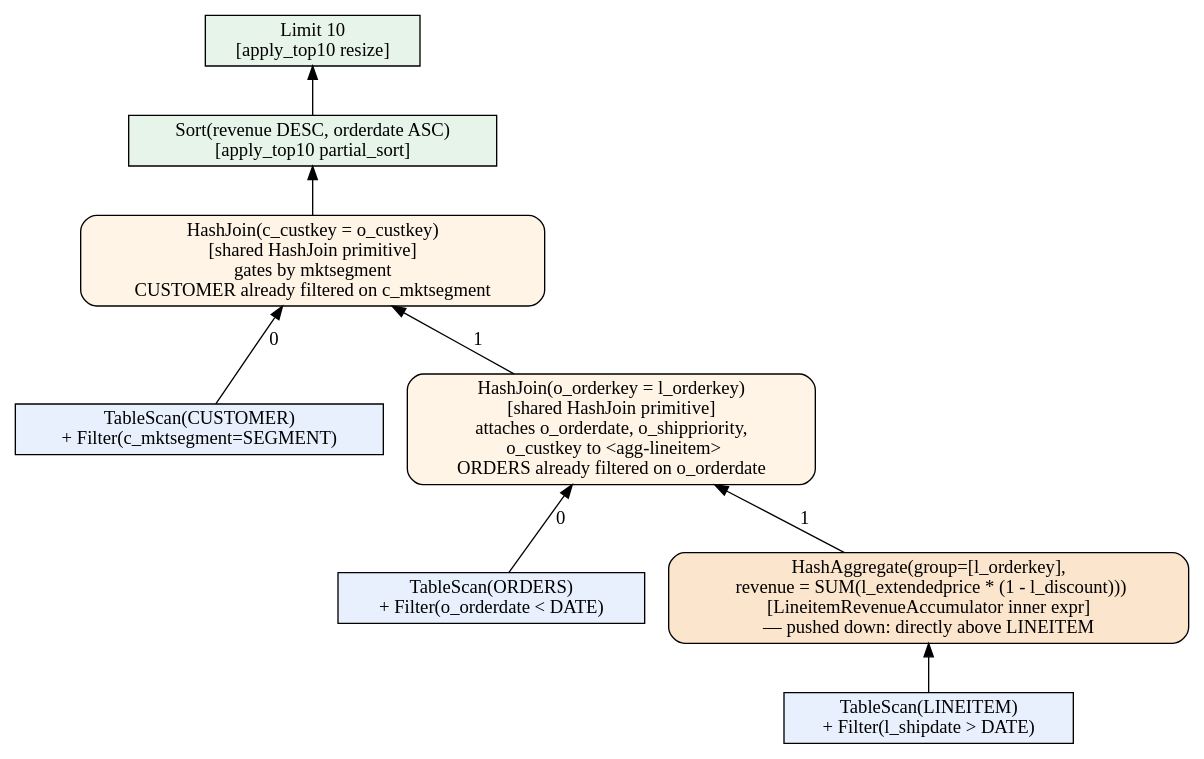
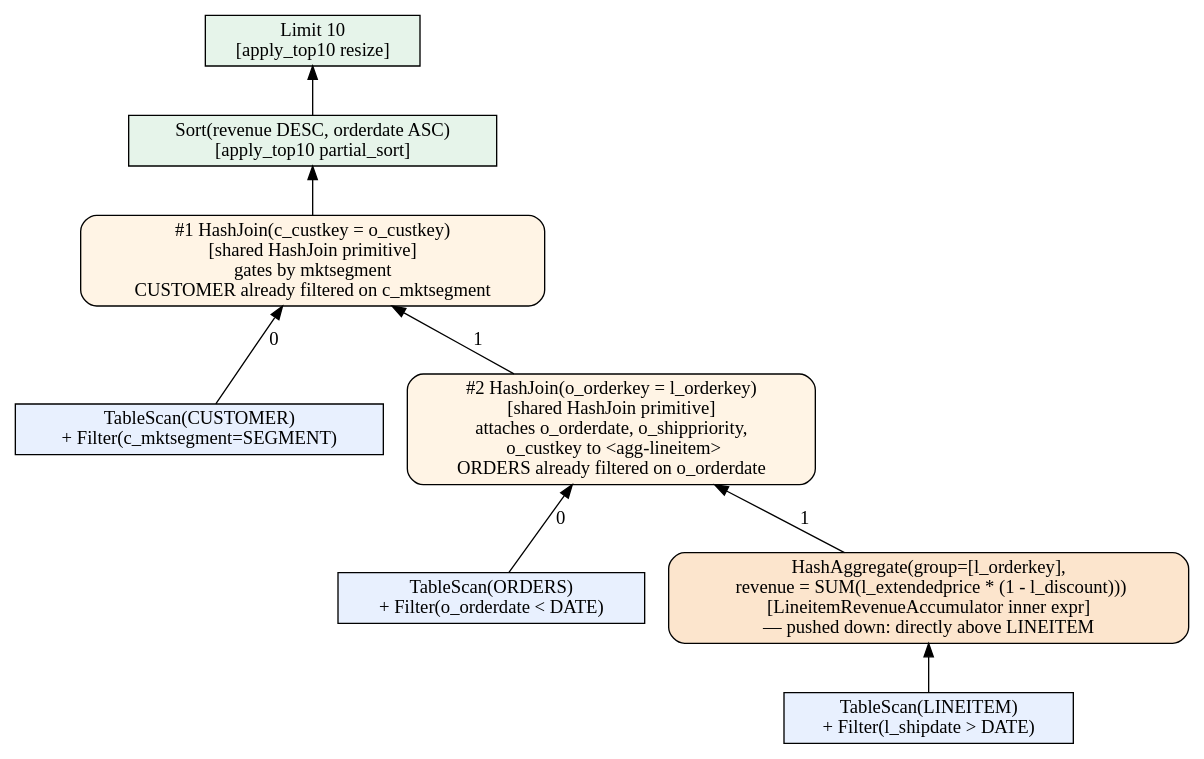
One commit to alicia-lyu/leanstore changed the diagram in frontend/tpch/q3/plans/baseline_s4.dot. Above: the diagram before and after it, drawn with Graphviz. The commit also changed 10 other files, not shown here.

First line of the commit message:
plan-doc join enumeration (Rule 12) + Q5I planning-lessons rollup

```diff
--- a/frontend/tpch/q3/plans/baseline_s4.dot
+++ b/frontend/tpch/q3/plans/baseline_s4.dot
@@ -1,104 +1,107 @@
 // Q3 S4 baseline plan — no merged index; default Calcite-style HashJoin
 // chain over base tables, with **aggregation pushed directly above the
 // LINEITEM scan** (mirrors the family logical-plan push-down).
 //
 // Diverges from the family logical plan only in physical operators (no
 // input is custkey-sorted, so the joins are HashJoins and the lineitem
 // pre-aggregate is a HashAggregate not a SortedAggregate). Logical
 // shape is identical: aggregate first, join up afterwards. Per
 // OPERATORS.md §6.4, S4 may pick its own physical operators provided
 // the logical comparison axis is preserved.
 //
 // FILTER PUSHDOWN: same principle as the family — push every filter as
 // far down as possible, stopping at secondary structures. S4 has no
 // secondary structures (just base tables), so every filter pushes
 // directly to its source TableScan, BEFORE any HashJoin build/probe.
 // None applies post-join.
 //
 //   • c_mktsegment = SEGMENT      → fused with TableScan(CUSTOMER)
 //                                    BEFORE the hash build, so the hash
 //                                    table only contains qualifying
 //                                    customers
 //   • o_orderdate < DATE          → fused with TableScan(ORDERS) BEFORE
 //                                    HashJoin, shrinking the build/probe
 //                                    side
 //   • l_shipdate > DATE           → fused with TableScan(LINEITEM)
 //                                    BEFORE the per-orderkey aggregate
 //
 // AGGREGATION PUSH-DOWN: revenue per orderkey is computed BEFORE
 // joining with ORDERS / CUSTOMER. Lineitem is the only source of
 // `l_extendedprice` / `l_discount`; nothing past the lineitem level
 // depends on individual lineitem fields, so pre-aggregating shrinks the
 // join input from ~4 lineitems/order to 1 partial-revenue tuple/order.
 // Identical logical shape to family_logical.dot — only the physical
 // operators differ (HashAggregate, HashJoin).
 //
 // C++ implementation map (q3/query.tpp::query_by_hash):
 //
 //   Query-time HashJoin chain over already-filtered base scanners,
 //   with pre-aggregation directly above the LINEITEM scan:
 //   ────────────────────────────────────────────────────────────────
 //     // Phase 1: scan + filter + aggregate LINEITEM by orderkey
 //     unordered_map<orderkey, Numeric> lin_revenue;
 //     lineitem.scan_filtered(l_shipdate > DATE,
 //        [&](const lineitem_t& l) {
 //          lin_revenue[l.l_orderkey] +=
 //              l.l_extendedprice * (1 - l.l_discount);
 //        });
 //
 //     // Phase 2: scan + filter ORDERS, HashJoin against lin_revenue
 //     //          on orderkey, attach o_orderdate / o_shippriority /
 //     //          o_custkey. Output: q3_agg_row_t-shaped tuples
 //     //          (still missing mktsegment gate).
 //
 //     // Phase 3: scan + filter CUSTOMER on c_mktsegment, build hashmap
 //     //          on c_custkey; HashJoin gates the per-orderkey tuples
 //     //          by mktsegment.
 //
 // Reuse from the family code: LineitemRevenueAccumulator (via a static
 // helper that takes an external Numeric&). Same per-record arithmetic
 // across all four structures — OPERATORS.md §6.1 comparison-integrity
 // preserved even through the divergent operator graph.
 
 digraph {
   rankdir=BT;
 
   // ─────────── Sources with filters fused ───────────
   s_cust [label="TableScan(CUSTOMER)\n+ Filter(c_mktsegment=SEGMENT)",
           shape=box, style=filled, fillcolor="#E8F0FE"];
   s_ord  [label="TableScan(ORDERS)\n+ Filter(o_orderdate < DATE)",
           shape=box, style=filled, fillcolor="#E8F0FE"];
   s_lin  [label="TableScan(LINEITEM)\n+ Filter(l_shipdate > DATE)",
           shape=box, style=filled, fillcolor="#E8F0FE"];
 
   // ─────────── Pre-aggregate revenue per orderkey ───────────
   // Pushed directly above LINEITEM, below both joins. HashAggregate
   // because the filtered lineitem stream is not orderkey-sorted in S4.
   pre_agg [label="HashAggregate(group=[l_orderkey],\n  revenue = SUM(l_extendedprice * (1 - l_discount)))\n[LineitemRevenueAccumulator inner expr]\n— pushed down: directly above LINEITEM",
            shape=box, style="filled,rounded", fillcolor="#FCE5CD"];
 
   // ─────────── HashJoin chain over the aggregated stream ───────────
-  hj_ol [label="HashJoin(o_orderkey = l_orderkey)\n[shared HashJoin primitive]\nattaches o_orderdate, o_shippriority,\n  o_custkey to <agg-lineitem>\nORDERS already filtered on o_orderdate",
+  // Logical joins (Rule 12):
+  //   #1 CUSTOMER ⋈ ORDERS on c_custkey = o_custkey
+  //   #2 ORDERS   ⋈ LINEITEM on o_orderkey = l_orderkey
+  hj_ol [label="#2 HashJoin(o_orderkey = l_orderkey)\n[shared HashJoin primitive]\nattaches o_orderdate, o_shippriority,\n  o_custkey to <agg-lineitem>\nORDERS already filtered on o_orderdate",
          shape=box, style="filled,rounded", fillcolor="#FFF4E5"];
 
-  hj_co [label="HashJoin(c_custkey = o_custkey)\n[shared HashJoin primitive]\ngates by mktsegment\nCUSTOMER already filtered on c_mktsegment",
+  hj_co [label="#1 HashJoin(c_custkey = o_custkey)\n[shared HashJoin primitive]\ngates by mktsegment\nCUSTOMER already filtered on c_mktsegment",
          shape=box, style="filled,rounded", fillcolor="#FFF4E5"];
 
   // ─────────── Outside-pipeline tail (constant) ───────────
   sort  [label="Sort(revenue DESC, orderdate ASC)\n[apply_top10 partial_sort]",
          shape=box, style=filled, fillcolor="#E6F4EA"];
   limit [label="Limit 10\n[apply_top10 resize]",
          shape=box, style=filled, fillcolor="#E6F4EA"];
 
   // ─────────── Edges ───────────
   s_lin -> pre_agg;
 
   s_ord  -> hj_ol [label="0"];
   pre_agg -> hj_ol [label="1"];
 
   s_cust -> hj_co [label="0"];
   hj_ol  -> hj_co [label="1"];
 
   hj_co -> sort;
   sort  -> limit;
 }
```
